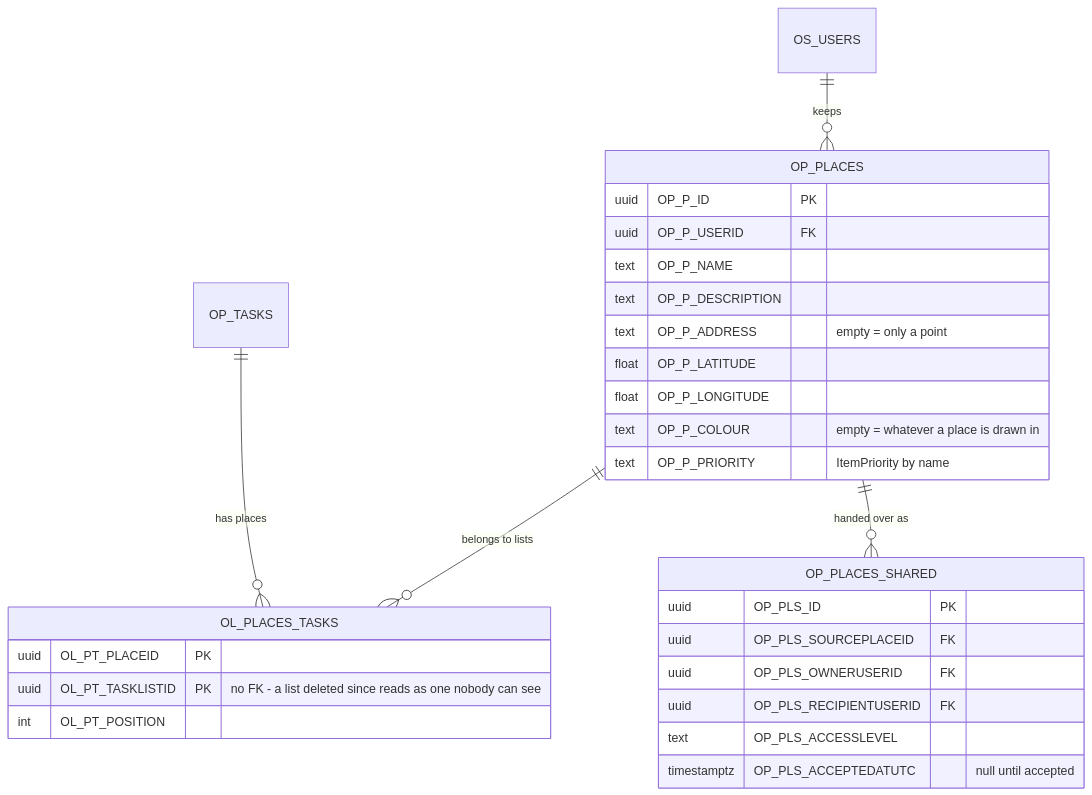
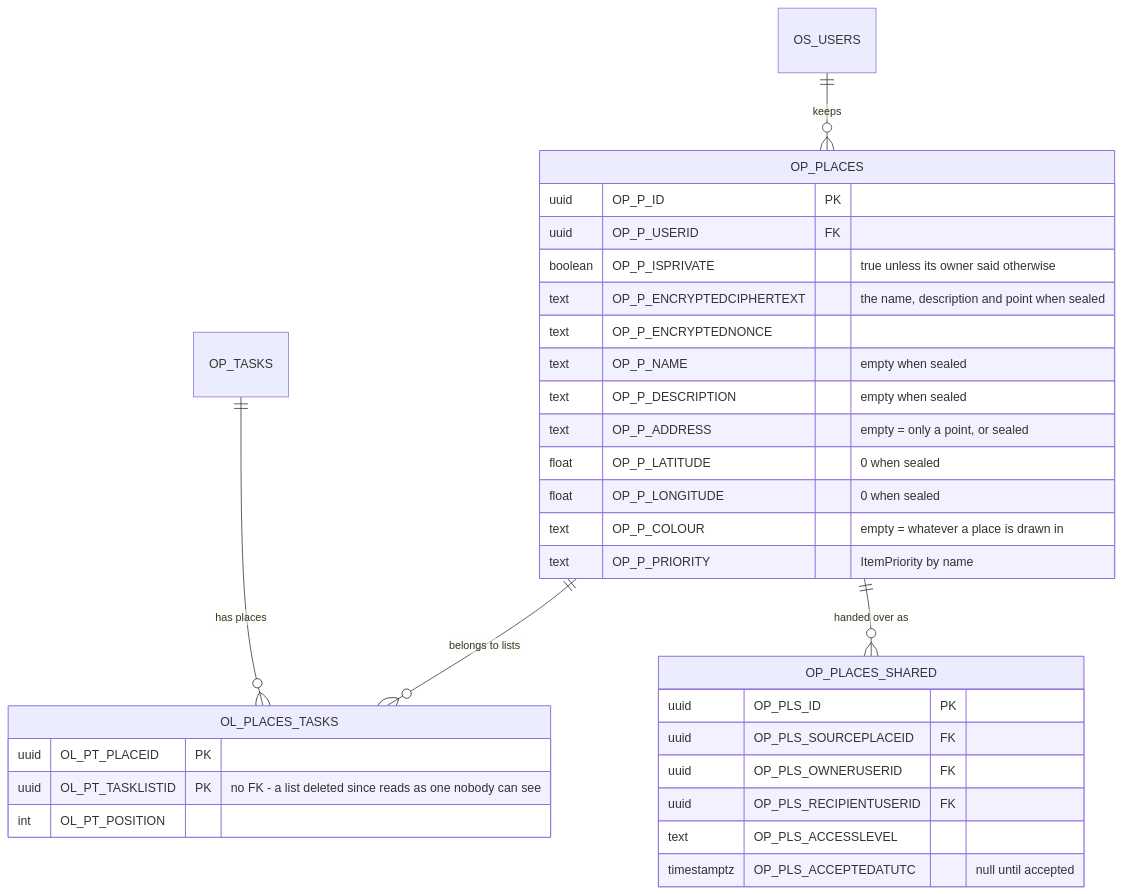
The fourth of 6 diagrams in info/uml/database.md (NorArax-NeflinOwl/orbit), drawn with Mermaid before and after one commit. The commit also changed other lines of this file and 39 other files, not shown here.

````diff
--- a/info/uml/database.md
+++ b/info/uml/database.md
@@ -244,32 +244,35 @@
 ```mermaid
 erDiagram
     OS_USERS ||--o{ OP_PLACES : keeps
     OP_PLACES ||--o{ OL_PLACES_TASKS : "belongs to lists"
     OP_TASKS ||--o{ OL_PLACES_TASKS : "has places"
     OP_PLACES ||--o{ OP_PLACES_SHARED : "handed over as"
 
     OP_PLACES {
         uuid OP_P_ID PK
         uuid OP_P_USERID FK
-        text OP_P_NAME
-        text OP_P_DESCRIPTION
-        text OP_P_ADDRESS "empty = only a point"
-        float OP_P_LATITUDE
-        float OP_P_LONGITUDE
+        boolean OP_P_ISPRIVATE "true unless its owner said otherwise"
+        text OP_P_ENCRYPTEDCIPHERTEXT "the name, description and point when sealed"
+        text OP_P_ENCRYPTEDNONCE
+        text OP_P_NAME "empty when sealed"
+        text OP_P_DESCRIPTION "empty when sealed"
+        text OP_P_ADDRESS "empty = only a point, or sealed"
+        float OP_P_LATITUDE "0 when sealed"
+        float OP_P_LONGITUDE "0 when sealed"
         text OP_P_COLOUR "empty = whatever a place is drawn in"
         text OP_P_PRIORITY "ItemPriority by name"
     }
     OL_PLACES_TASKS {
         uuid OL_PT_PLACEID PK
         uuid OL_PT_TASKLISTID PK "no FK - a list deleted since reads as one nobody can see"
         int OL_PT_POSITION
     }
     OP_PLACES_SHARED {
         uuid OP_PLS_ID PK
         uuid OP_PLS_SOURCEPLACEID FK
         uuid OP_PLS_OWNERUSERID FK
         uuid OP_PLS_RECIPIENTUSERID FK
         text OP_PLS_ACCESSLEVEL
         timestamptz OP_PLS_ACCEPTEDATUTC "null until accepted"
     }
 ```
````
